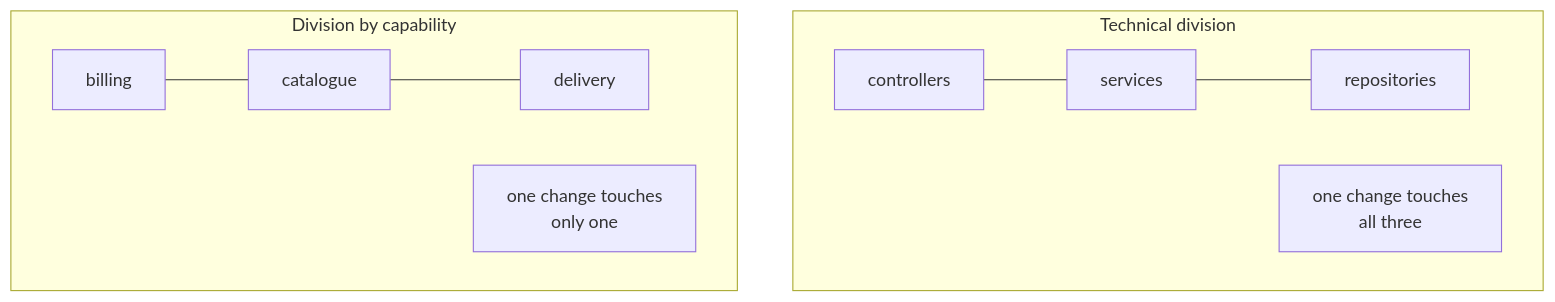
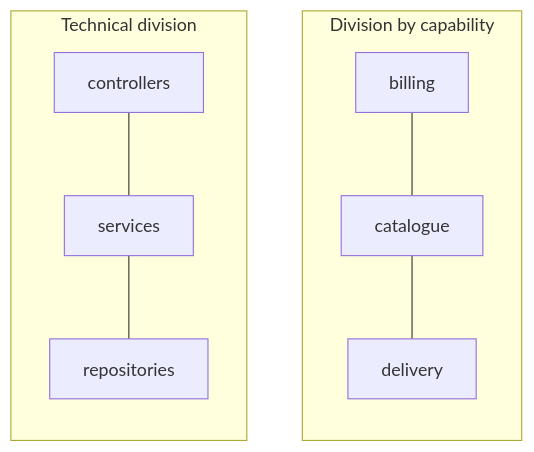
One commit to oadcavalcante/software-architecture-mastery changed the diagram in i18n/en-US/docusaurus-plugin-content-docs/current/01-fundamentals/modularity.md. Above: the diagram before and after it, drawn with Mermaid. The commit also changed 27 other files, not shown here.

First line of the commit message:
diagramas: parenteses renderizando como &(&) e largura ilegivel no telefone

````diff
--- a/i18n/en-US/docusaurus-plugin-content-docs/current/01-fundamentals/modularity.md
+++ b/i18n/en-US/docusaurus-plugin-content-docs/current/01-fundamentals/modularity.md
@@ -76,11 +76,11 @@
 ```mermaid
 graph TB
-  subgraph Technical division
+  subgraph N[Division by capability]
+    direction TB
+    E[billing] --- F[catalogue] --- G[delivery]
+  end
+  subgraph T[Technical division]
+    direction TB
     A[controllers] --- B[services] --- C[repositories]
-    D[one change touches<br/>all three]
-  end
-  subgraph Division by capability
-    E[billing] --- F[catalogue] --- G[delivery]
-    H[one change touches<br/>only one]
   end
 ```
````
